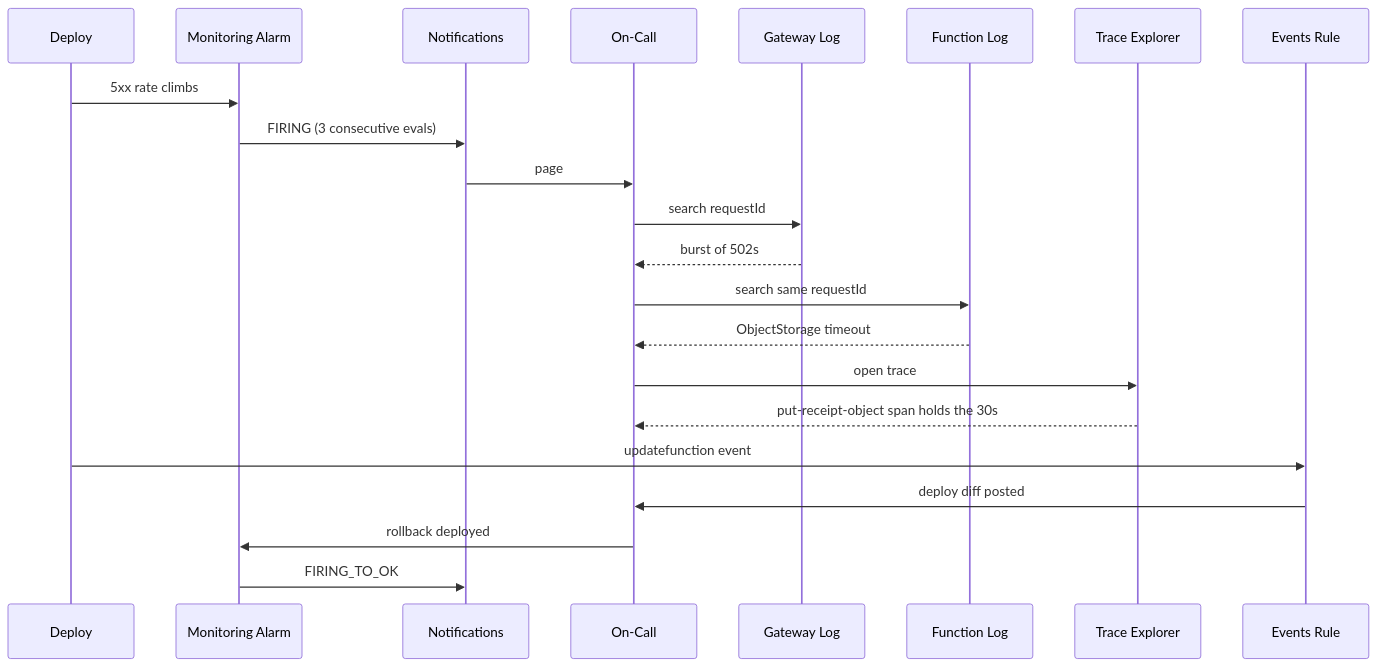
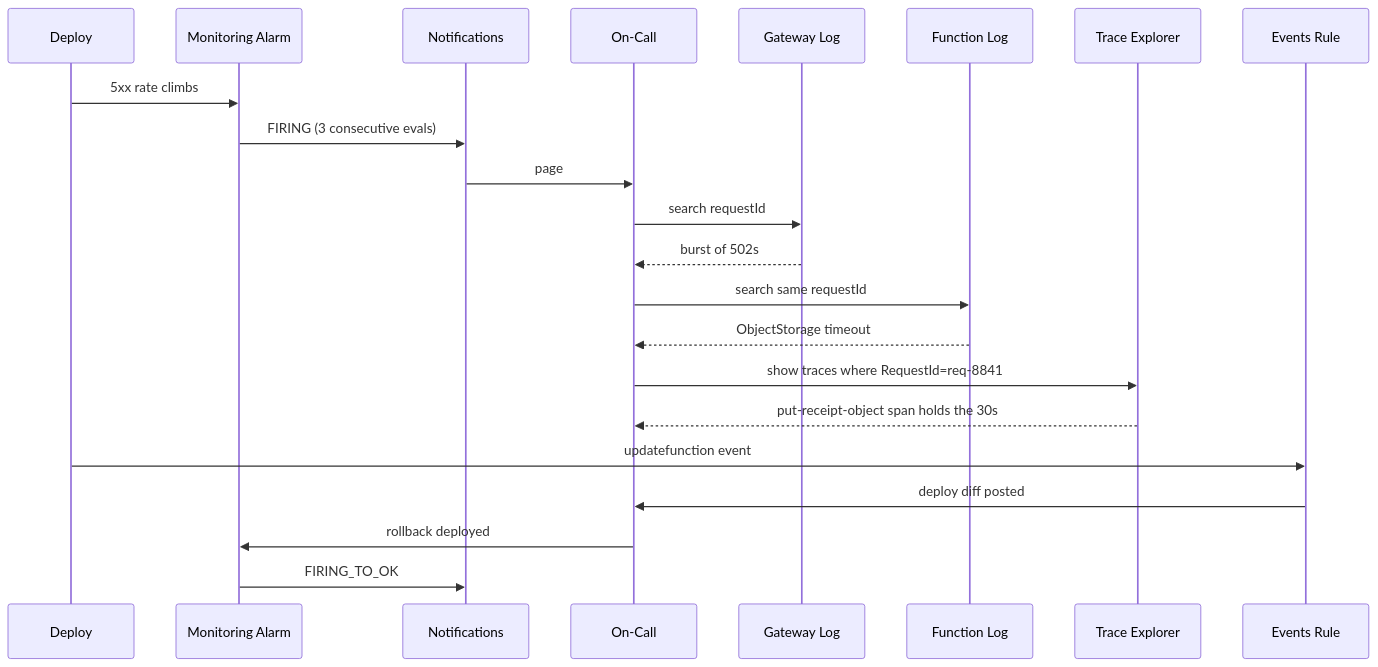
The second of 2 diagrams in 04-oracle/observability-professional/01-pillars-of-observability.md (leonlnj/engineering-gym), drawn with Mermaid before and after one commit. The commit also changed other lines of this file and 10 other files, not shown here.

````diff
--- a/04-oracle/observability-professional/01-pillars-of-observability.md
+++ b/04-oracle/observability-professional/01-pillars-of-observability.md
@@ -226,25 +248,25 @@
 ```mermaid
 sequenceDiagram
     participant DP as Deploy
     participant AL as Monitoring Alarm
     participant NT as Notifications
     participant OC as On-Call
     participant GL as Gateway Log
     participant FL as Function Log
     participant TR as Trace Explorer
     participant EV as Events Rule
 
     DP->>AL: 5xx rate climbs
     AL->>NT: FIRING (3 consecutive evals)
     NT->>OC: page
     OC->>GL: search requestId
     GL-->>OC: burst of 502s
     OC->>FL: search same requestId
     FL-->>OC: ObjectStorage timeout
-    OC->>TR: open trace
+    OC->>TR: show traces where RequestId=req-8841
     TR-->>OC: put-receipt-object span holds the 30s
     DP->>EV: updatefunction event
     EV->>OC: deploy diff posted
     OC->>AL: rollback deployed
     AL->>NT: FIRING_TO_OK
 ```
````
